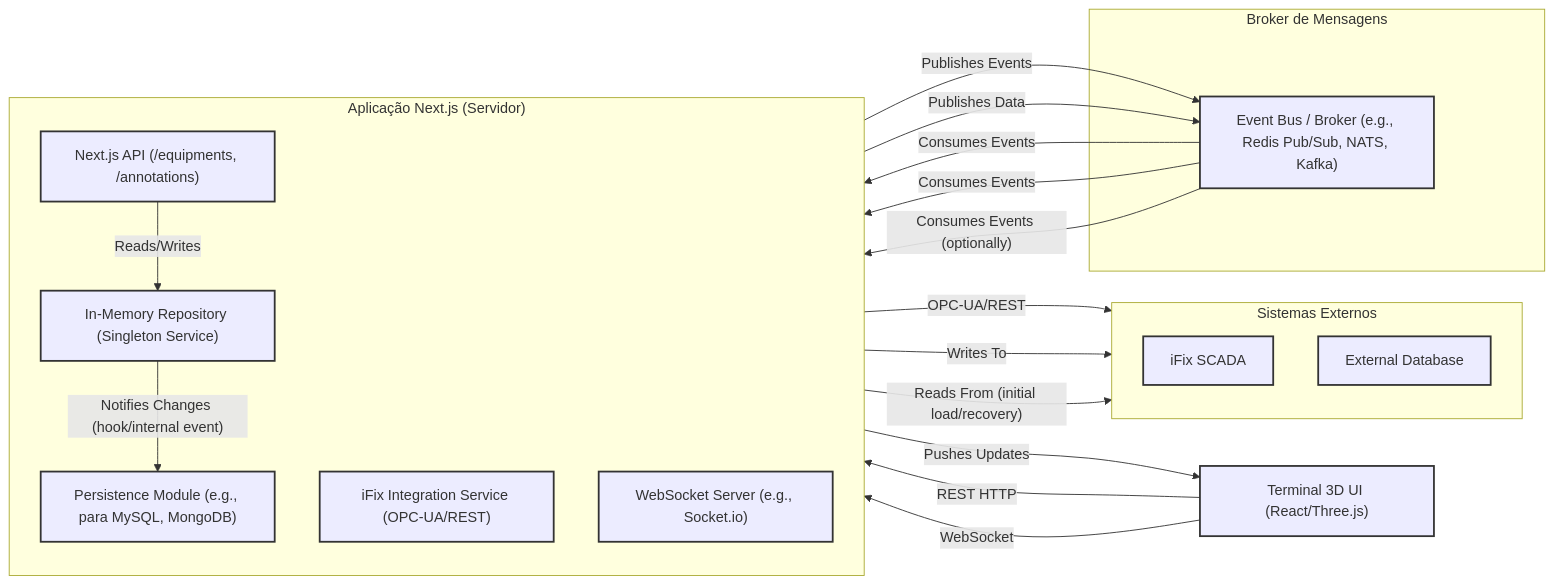
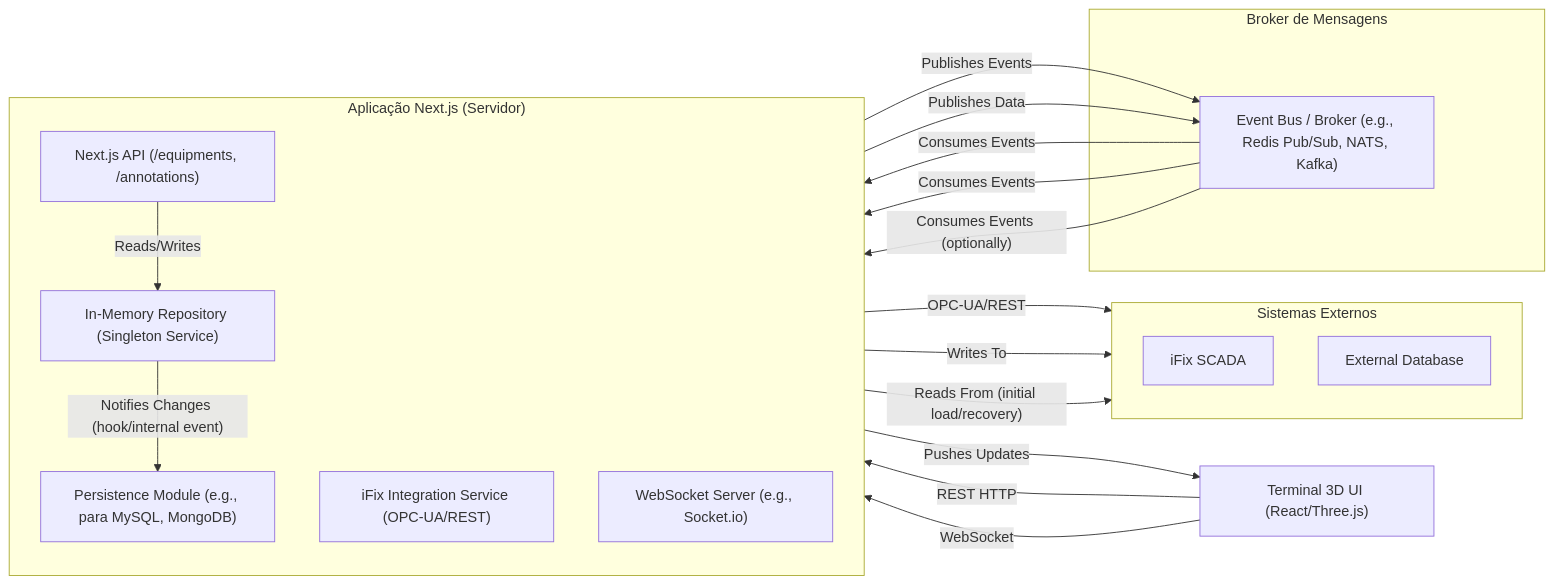
The second of 3 diagrams in documentation/architecture.md (Dicommunitas/ThreeJS_Terminal_3D), drawn with Mermaid before and after one commit. The commit also changed other lines of this file, not shown here.

Commit message:
Atualizando diagramas da documentação.

````diff
--- a/documentation/architecture.md
+++ b/documentation/architecture.md
@@ -197,60 +197,50 @@
 ```mermaid
 graph LR
     UI["Terminal 3D UI (React/Three.js)"]
     NextAPI["Next.js API (/equipments, /annotations)"]
     EventBus["Event Bus / Broker (e.g., Redis Pub/Sub, NATS, Kafka)"]
     InMemoryRepo["In-Memory Repository (Singleton Service)"]
     PersistenceMod["Persistence Module (e.g., para MySQL, MongoDB)"]
     IFixService["iFix Integration Service (OPC-UA/REST)"]
     WebSocketServer["WebSocket Server (e.g., Socket.io)"]
     IFixSystem["iFix SCADA"]
     ExternalDB["External Database"]
 
-    UI -- REST HTTP --> NextAPI;
-    UI -- WebSocket --> WebSocketServer;
+    UI -- REST HTTP --> NextAPI
+    UI -- WebSocket --> WebSocketServer
     
-    NextAPI -- Reads/Writes --> InMemoryRepo;
-    NextAPI -- Publishes Events --> EventBus;
+    NextAPI -- Reads/Writes --> InMemoryRepo
+    NextAPI -- Publishes Events --> EventBus
 
-    IFixService -- OPC-UA/REST --> IFixSystem;
-    IFixService -- Publishes Data --> EventBus;
+    IFixService -- OPC-UA/REST --> IFixSystem
+    IFixService -- Publishes Data --> EventBus
 
-    EventBus -- Consumes Events --> InMemoryRepo;
-    EventBus -- Consumes Events --> WebSocketServer;
-    EventBus -- Consumes Events (optionally) --> PersistenceMod;
+    EventBus -- Consumes Events --> InMemoryRepo
+    EventBus -- Consumes Events --> WebSocketServer
+    EventBus -- Consumes Events (optionally) --> PersistenceMod
 
-    InMemoryRepo -- Notifies Changes (hook/internal event) --> PersistenceMod; 
-    PersistenceMod -- Writes To --> ExternalDB;
-    PersistenceMod -- Reads From (initial load/recovery) --> ExternalDB;
+    InMemoryRepo -- Notifies Changes (hook/internal event) --> PersistenceMod 
+    PersistenceMod -- Writes To --> ExternalDB
+    PersistenceMod -- Reads From (initial load/recovery) --> ExternalDB
     
-    WebSocketServer -- Pushes Updates --> UI;
+    WebSocketServer -- Pushes Updates --> UI
 
     subgraph "Aplicação Next.js (Servidor)"
         direction TB
         NextAPI
         InMemoryRepo
         IFixService
         WebSocketServer
         PersistenceMod
     end
     
     subgraph "Sistemas Externos"
         direction TB
         IFixSystem
         ExternalDB
     end
     
     subgraph "Broker de Mensagens"
         EventBus
     end
-
-    style UI fill:#lightgrey,stroke:#333,stroke-width:2px
-    style NextAPI fill:#lightblue,stroke:#333,stroke-width:2px
-    style InMemoryRepo fill:#lightblue,stroke:#333,stroke-width:2px
-    style IFixService fill:#lightblue,stroke:#333,stroke-width:2px
-    style WebSocketServer fill:#lightblue,stroke:#333,stroke-width:2px
-    style PersistenceMod fill:#lightblue,stroke:#333,stroke-width:2px
-    style EventBus fill:#moccasin,stroke:#333,stroke-width:2px
-    style IFixSystem fill:#orange,stroke:#333,stroke-width:2px
-    style ExternalDB fill:#orange,stroke:#333,stroke-width:2px
 ```
````
